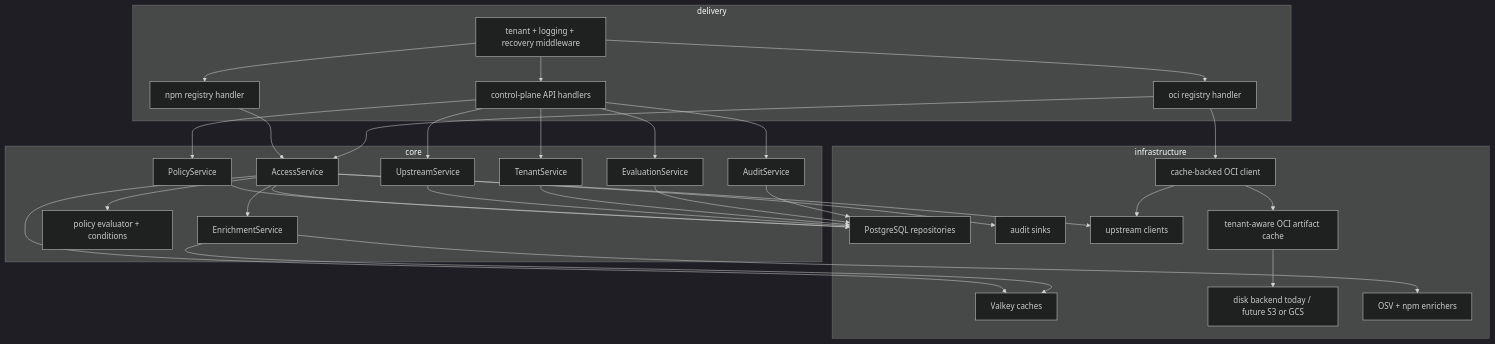
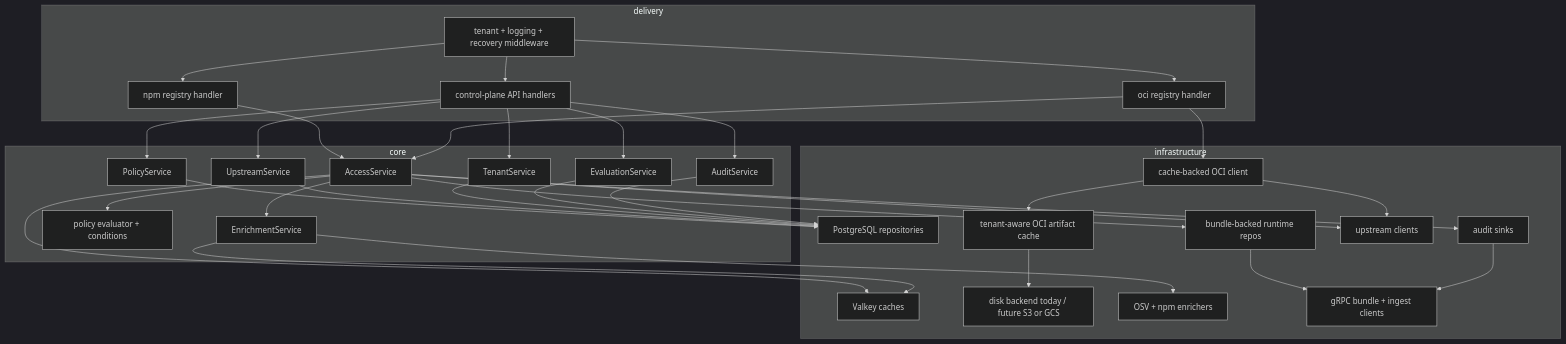
Before and after one commit to terrpan/dependency-firewall: the second of 4 diagrams in docs/architecture.md, drawn with Mermaid (dark theme). The commit also changed other lines of this file and 45 other files, not shown here.

````diff
--- a/docs/architecture.md
+++ b/docs/architecture.md
@@ -84,61 +97,65 @@
 ```mermaid
 flowchart TB
     subgraph delivery[delivery]
         npmDelivery[npm registry handler]
         ociDelivery[oci registry handler]
         apiDelivery[control-plane API handlers]
         middleware[tenant + logging + recovery middleware]
     end
 
     subgraph core[core]
         accessService[AccessService]
         policyService[PolicyService]
         upstreamService[UpstreamService]
         tenantService[TenantService]
         evaluationService[EvaluationService]
         auditService[AuditService]
         enrichmentService[EnrichmentService]
         evaluator[policy evaluator + conditions]
     end
 
     subgraph infrastructure[infrastructure]
         pgRepos[PostgreSQL repositories]
+        bundleRuntime[bundle-backed runtime repos]
         auditSinks[audit sinks]
         valkeyCache[Valkey caches]
         upstreamClients[upstream clients]
         cachedOCI[cache-backed OCI client]
         ociCache[tenant-aware OCI artifact cache]
         ociStorage[disk backend today / future S3 or GCS]
         enrichers[OSV + npm enrichers]
+        grpcClients[gRPC bundle + ingest clients]
     end
 
     middleware --> npmDelivery
     middleware --> ociDelivery
     middleware --> apiDelivery
 
     npmDelivery --> accessService
     ociDelivery --> accessService
     apiDelivery --> policyService
     apiDelivery --> upstreamService
     apiDelivery --> tenantService
     apiDelivery --> evaluationService
     apiDelivery --> auditService
 
     accessService --> enrichmentService
     accessService --> evaluator
-    accessService --> pgRepos
+    accessService --> bundleRuntime
     accessService --> auditSinks
     accessService --> valkeyCache
     accessService --> upstreamClients
     policyService --> pgRepos
     upstreamService --> pgRepos
     tenantService --> pgRepos
     evaluationService --> pgRepos
     auditService --> pgRepos
     enrichmentService --> valkeyCache
     enrichmentService --> enrichers
     ociDelivery --> cachedOCI
     cachedOCI --> ociCache
     cachedOCI --> upstreamClients
     ociCache --> ociStorage
+    bundleRuntime --> grpcClients
+    auditSinks --> grpcClients
 ```
````
